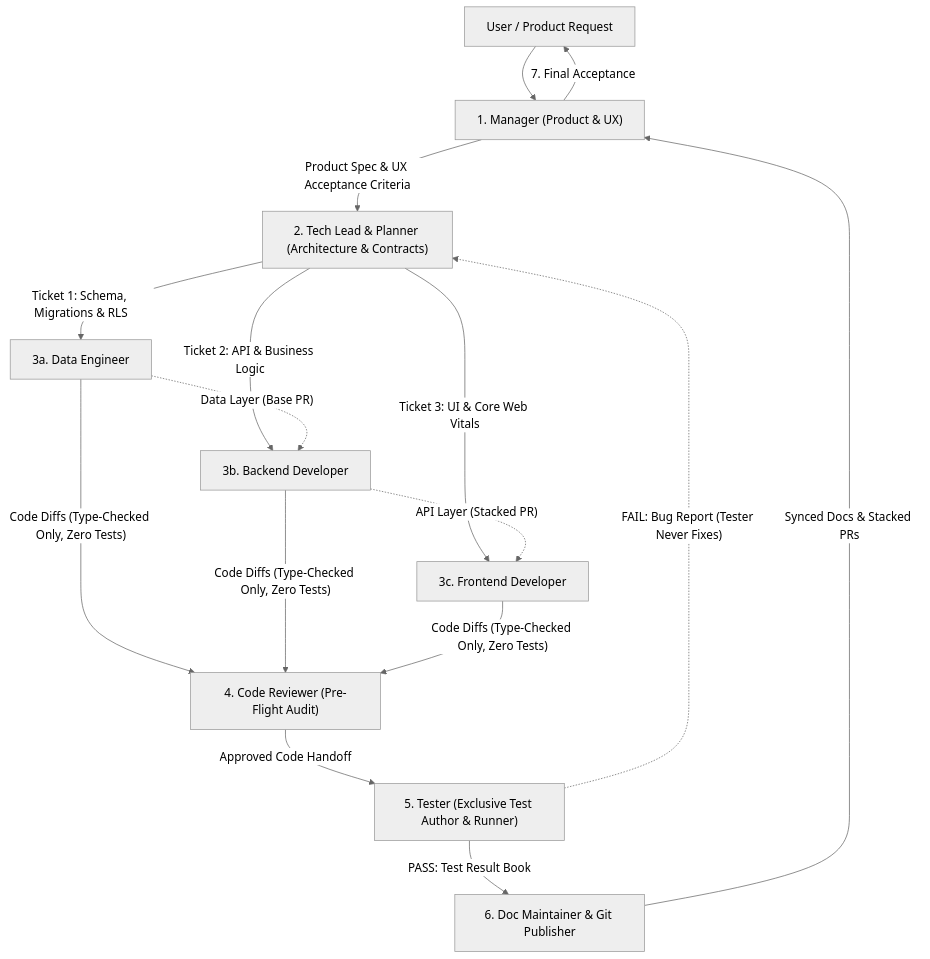
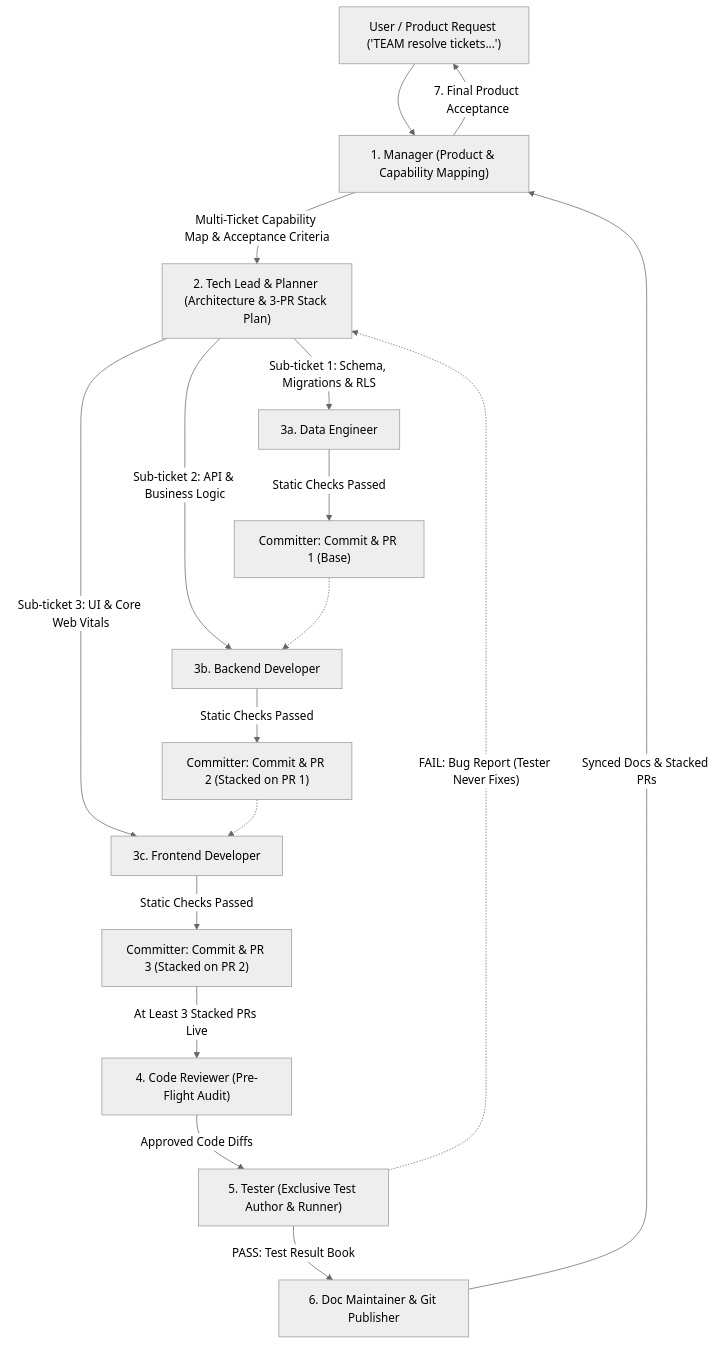
One commit to pato-byepaper/agentic-engineering changed the diagram in AGENTS.md. Above: the diagram before and after it, drawn with Mermaid (neutral theme). The commit also changed other lines of this file, not shown here.

Commit message:
docs(agents): add TEAM trigger protocol, multi-ticket ingestion, and 3 stacked PRs rule

````diff
--- a/AGENTS.md
+++ b/AGENTS.md
@@ -7,16 +28,19 @@
 ```mermaid
 flowchart TD
-    User["User / Product Request"] --> M["1. Manager (Product & UX)"]
-    M -->|"Product Spec & UX Acceptance Criteria"| TL["2. Tech Lead & Planner (Architecture & Contracts)"]
-    TL -->|"Ticket 1: Schema, Migrations & RLS"| DE["3a. Data Engineer"]
-    TL -->|"Ticket 2: API & Business Logic"| BE["3b. Backend Developer"]
-    TL -->|"Ticket 3: UI & Core Web Vitals"| FE["3c. Frontend Developer"]
-    DE -.->|"Data Layer (Base PR)"| BE
-    BE -.->|"API Layer (Stacked PR)"| FE
-    DE & BE & FE -->|"Code Diffs (Type-Checked Only, Zero Tests)"| CR["4. Code Reviewer (Pre-Flight Audit)"]
-    CR -->|"Approved Code Handoff"| T["5. Tester (Exclusive Test Author & Runner)"]
+    User["User / Product Request ('TEAM resolve tickets...')"] --> M["1. Manager (Product & Capability Mapping)"]
+    M -->|"Multi-Ticket Capability Map & Acceptance Criteria"| TL["2. Tech Lead & Planner (Architecture & 3-PR Stack Plan)"]
+    TL -->|"Sub-ticket 1: Schema, Migrations & RLS"| DE["3a. Data Engineer"]
+    TL -->|"Sub-ticket 2: API & Business Logic"| BE["3b. Backend Developer"]
+    TL -->|"Sub-ticket 3: UI & Core Web Vitals"| FE["3c. Frontend Developer"]
+    DE -->|"Static Checks Passed"| GP1["Committer: Commit & PR 1 (Base)"]
+    BE -->|"Static Checks Passed"| GP2["Committer: Commit & PR 2 (Stacked on PR 1)"]
+    FE -->|"Static Checks Passed"| GP3["Committer: Commit & PR 3 (Stacked on PR 2)"]
+    GP1 -.-> BE
+    GP2 -.-> FE
+    GP3 -->|"At Least 3 Stacked PRs Live"| CR["4. Code Reviewer (Pre-Flight Audit)"]
+    CR -->|"Approved Code Diffs"| T["5. Tester (Exclusive Test Author & Runner)"]
     T -.->|"FAIL: Bug Report (Tester Never Fixes)"| TL
     T -->|"PASS: Test Result Book"| DM["6. Doc Maintainer & Git Publisher"]
     DM -->|"Synced Docs & Stacked PRs"| M
-    M -->|"7. Final Acceptance"| User
+    M -->|"7. Final Product Acceptance"| User
 ```
````
